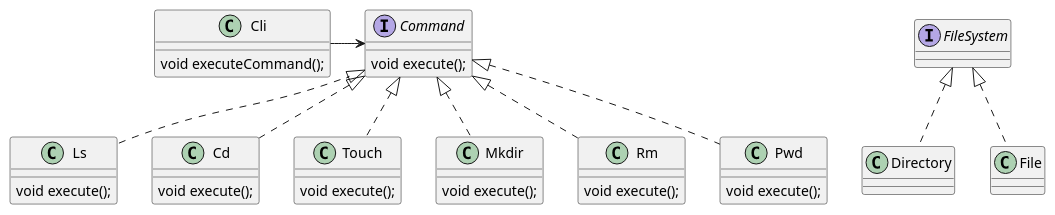
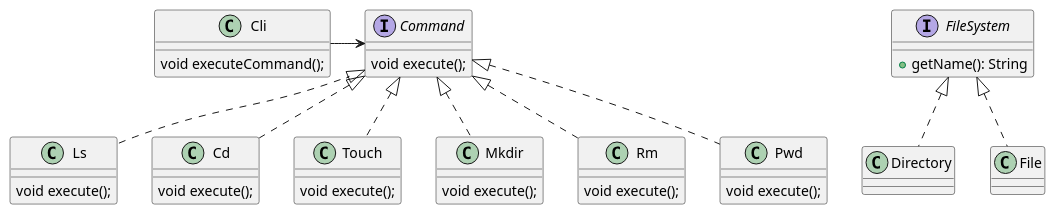
The diagram in diagram/Clifford.puml (austral-ingsis-classroom/clifford-GermanoFelipe), drawn with PlantUML before and after one commit. The commit also changed 3 other files, not shown here.

Commit message:
file System interface, Directory and File + Plant Uml

```diff
--- a/diagram/Clifford.puml
+++ b/diagram/Clifford.puml
@@ -1,47 +1,48 @@
 @startuml
 'https://plantuml.com/class-diagram
 
 interface FileSystem {
+    + getName(): String
 }
 
 class Directory implements FileSystem {
 }
 
 class File implements FileSystem {
 }
 
 class Cli {
     void executeCommand();
 }
 
 interface Command {
     void execute();
 }
 
 class Ls implements Command {
     void execute();
 }
 
 class Cd implements Command {
     void execute();
 }
 
 class Touch implements Command {
     void execute();
 }
 
 class Mkdir implements Command {
     void execute();
 }
 
 class Rm implements Command {
     void execute();
 }
 
 class Pwd implements Command {
     void execute();
 }
 
 
 Cli -> Command
 @enduml
```
